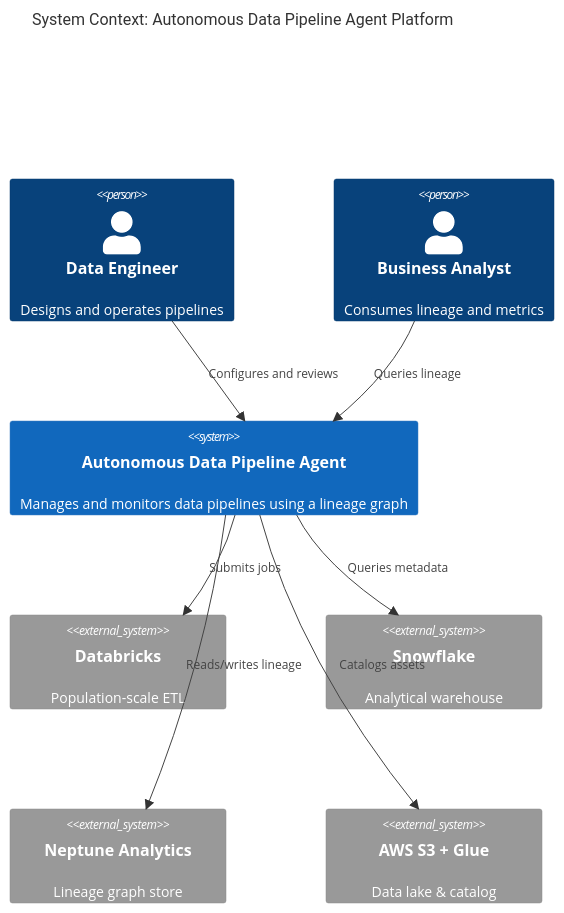
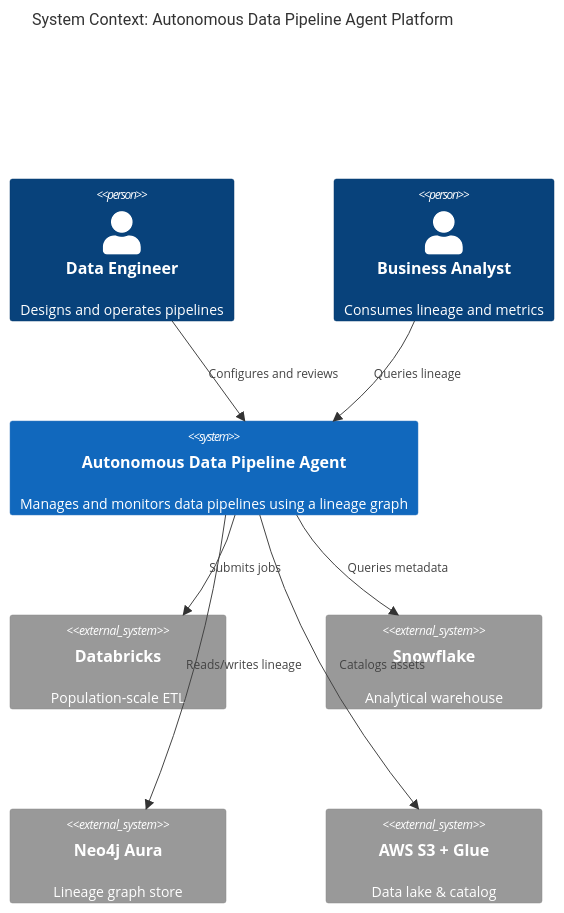
The first of 10 diagrams in content/data-engineering/diagrams-as-code.md (jmydde/jamesm.blog), drawn with Mermaid before and after one commit. The commit also changed other lines of this file and 22 other files, not shown here.

````diff
--- a/content/data-engineering/diagrams-as-code.md
+++ b/content/data-engineering/diagrams-as-code.md
@@ -63,21 +70,21 @@
 ```mermaid
 C4Context
     title System Context: Autonomous Data Pipeline Agent Platform
 
     Person(de, "Data Engineer", "Designs and operates pipelines")
     Person(ba, "Business Analyst", "Consumes lineage and metrics")
 
     System(adpa, "Autonomous Data Pipeline Agent", "Manages and monitors data pipelines using a lineage graph")
 
     System_Ext(databricks, "Databricks", "Population-scale ETL")
     System_Ext(snowflake, "Snowflake", "Analytical warehouse")
-    System_Ext(neptune, "Neptune Analytics", "Lineage graph store")
+    System_Ext(neo4j, "Neo4j Aura", "Lineage graph store")
     System_Ext(aws, "AWS S3 + Glue", "Data lake & catalog")
 
     Rel(de, adpa, "Configures and reviews")
     Rel(ba, adpa, "Queries lineage")
     Rel(adpa, databricks, "Submits jobs")
     Rel(adpa, snowflake, "Queries metadata")
-    Rel(adpa, neptune, "Reads/writes lineage")
+    Rel(adpa, neo4j, "Reads/writes lineage")
     Rel(adpa, aws, "Catalogs assets")
 ```
````
